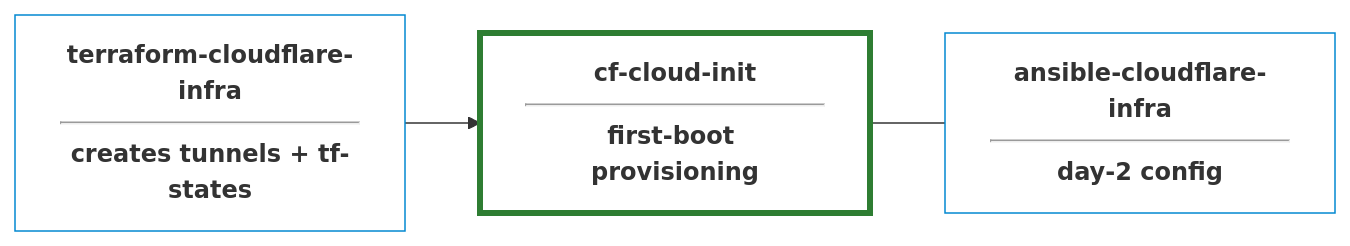
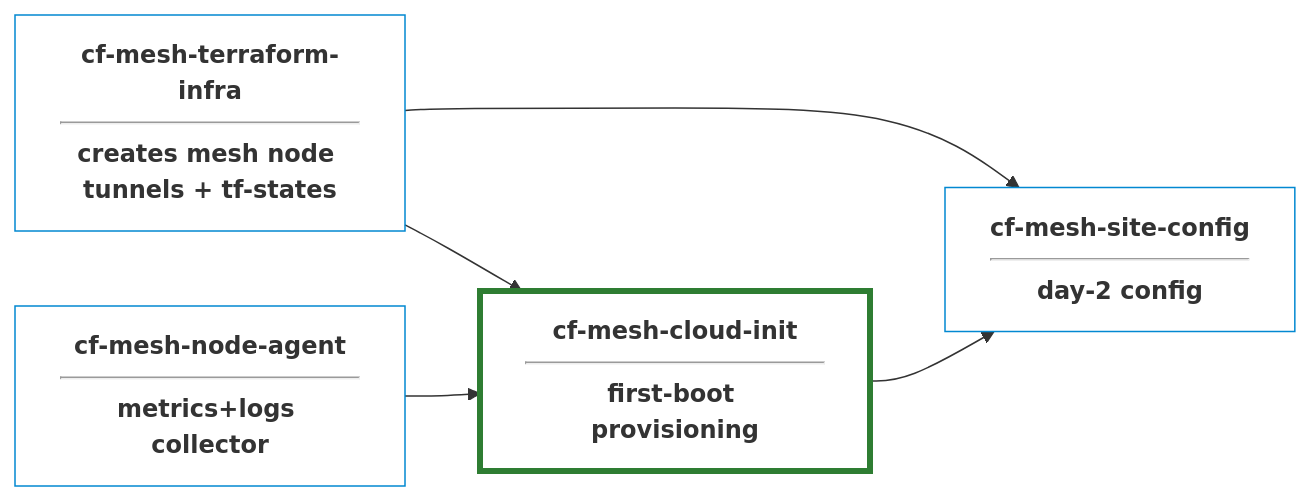
Before and after one commit to prometejs/cf-mesh-cloud-init: the diagram in README.md, drawn with Mermaid. The commit also changed other lines of this file, not shown here.

````diff
--- a/README.md
+++ b/README.md
@@ -13,20 +7,24 @@
 ```mermaid
 graph LR
     %% Style definitions
     classDef default fill:transparent,stroke:#333,stroke-width:1px;
     classDef linkNode fill:transparent,stroke:#0288d1,stroke-width:1px,font-weight:bold;
     classDef activeLinkNodeClass fill:transparent,stroke:#2e7d32,stroke-width:4px,font-weight:bold;
 
     %% Diagram nodes
-    T["terraform-cloudflare-infra<br/><hr/>creates tunnels + tf-states"]:::linkNode
-    C["cf-cloud-init<br/><hr/>first-boot provisioning"]:::activeLinkNodeClass
-    A["ansible-cloudflare-infra<br/><hr/>day-2 config"]:::linkNode
+    T["cf-mesh-terraform-infra<br/><hr/>creates mesh node tunnels + tf-states"]:::linkNode
+    C["cf-mesh-cloud-init<br/><hr/>first-boot provisioning"]:::activeLinkNodeClass
+    A["cf-mesh-site-config<br/><hr/>day-2 config"]:::linkNode
+    N["cf-mesh-node-agent<br/><hr/>metrics+logs collector"]:::linkNode
 
     %% Flow connections with text notes
     T --> C
-    C --- A
+    T --> A
+    C --> A
+    N --> C
 
     %% Clickable hyperlinks (Fixed with 'href')
-    click T href "https://github.com/prometejs/terraform-cloudflare-infra$0" "Open Terraform Repo"
-    click C href "https://github.com/prometejs/cf-cloud-init/tree/main$0" "Open Cloud-Init Repo"
+    click T href "https://github.com/prometejs/cf-mesh-terraform-infra" "Open Terraform Repo"
+    click A href "https://github.com/prometejs/cf-mesh-site-config" "Open Ansible Repo"
+    click N href "https://github.com/prometejs/cf-mesh-node-agent" "Node Agent Repo"
 ```
````
